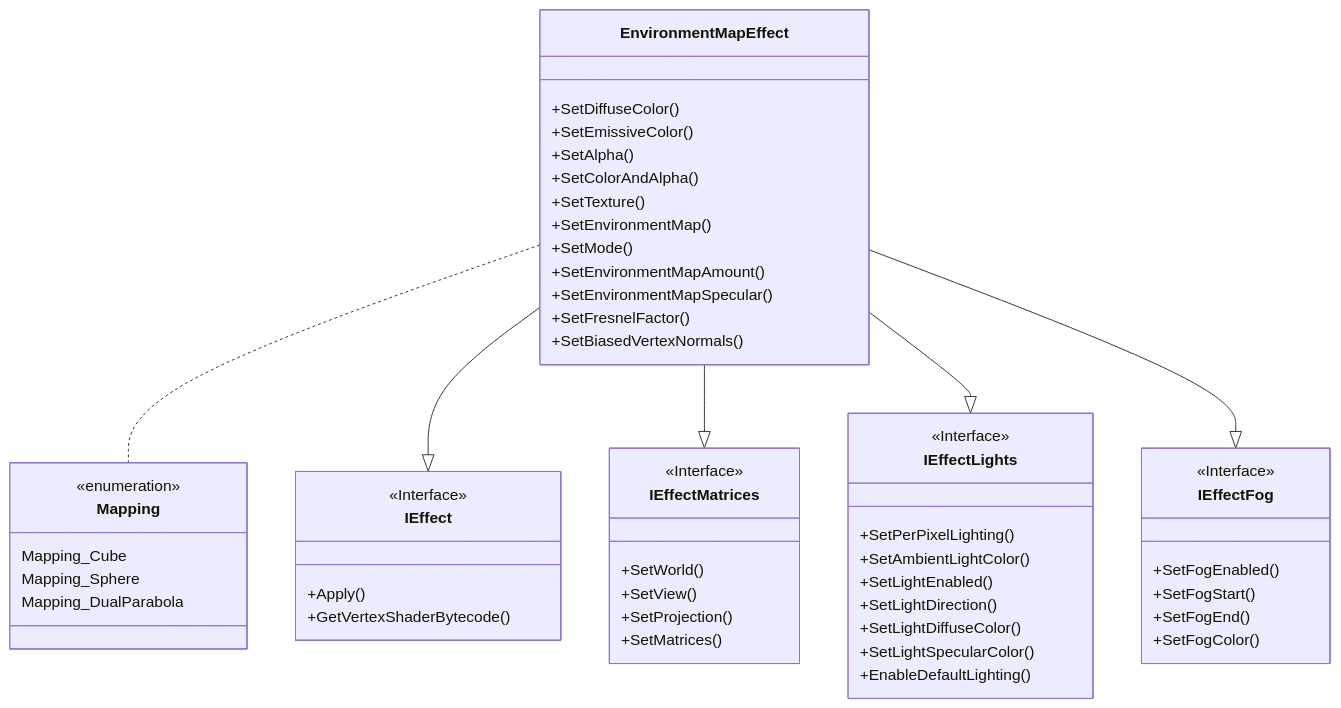
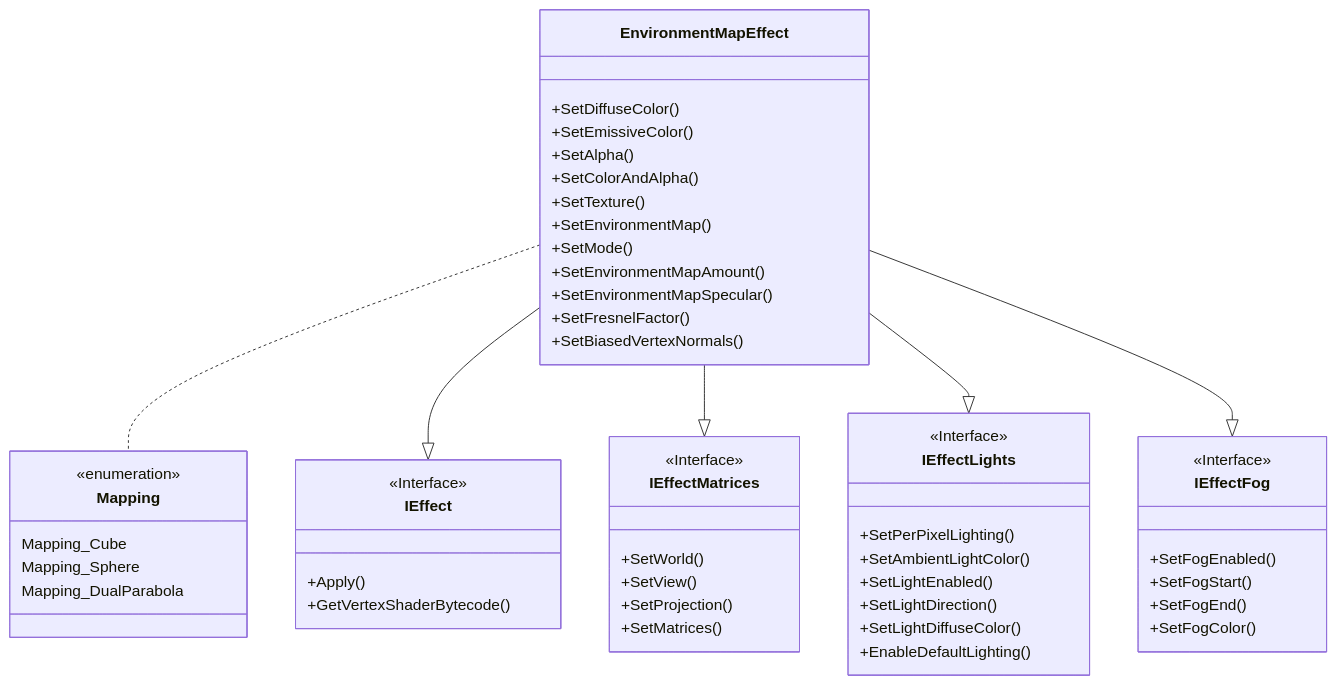
The diagram in EnvironmentMapEffect.md (neogrammer/Wiki), drawn with Mermaid before and after one commit. The commit also changed other lines of this file, not shown here.

````diff
--- a/EnvironmentMapEffect.md
+++ b/EnvironmentMapEffect.md
@@ -10,56 +10,55 @@
 ```mermaid
 classDiagram
 class Mapping{
     <<enumeration>>
     Mapping_Cube
     Mapping_Sphere
     Mapping_DualParabola
 }
 class IEffect{
     <<Interface>>
     +Apply()
     +GetVertexShaderBytecode()
 }
 class IEffectMatrices{
     <<Interface>>
     +SetWorld()
     +SetView()
     +SetProjection()
     +SetMatrices()
 }
 class IEffectLights{
     <<Interface>>
     +SetPerPixelLighting()
     +SetAmbientLightColor()
     +SetLightEnabled()
     +SetLightDirection()
     +SetLightDiffuseColor()
-    +SetLightSpecularColor()
     +EnableDefaultLighting()
 }
 class IEffectFog{
     <<Interface>>
     +SetFogEnabled()
     +SetFogStart()
     +SetFogEnd()
     +SetFogColor()
 }
 class EnvironmentMapEffect{
     +SetDiffuseColor()
     +SetEmissiveColor()
     +SetAlpha()
     +SetColorAndAlpha()
     +SetTexture()
     +SetEnvironmentMap()
     +SetMode()
     +SetEnvironmentMapAmount()
     +SetEnvironmentMapSpecular()
     +SetFresnelFactor()
     +SetBiasedVertexNormals()
 }
 EnvironmentMapEffect .. Mapping
 EnvironmentMapEffect --|> IEffect
 EnvironmentMapEffect --|> IEffectMatrices
 EnvironmentMapEffect --|> IEffectLights
 EnvironmentMapEffect --|> IEffectFog
 ```
````
